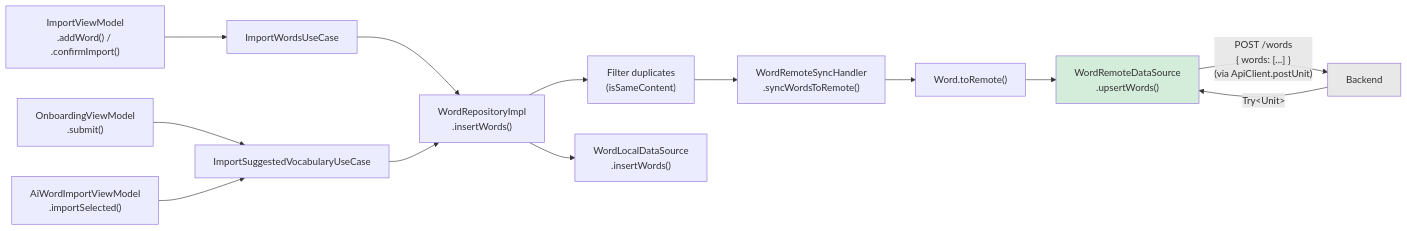
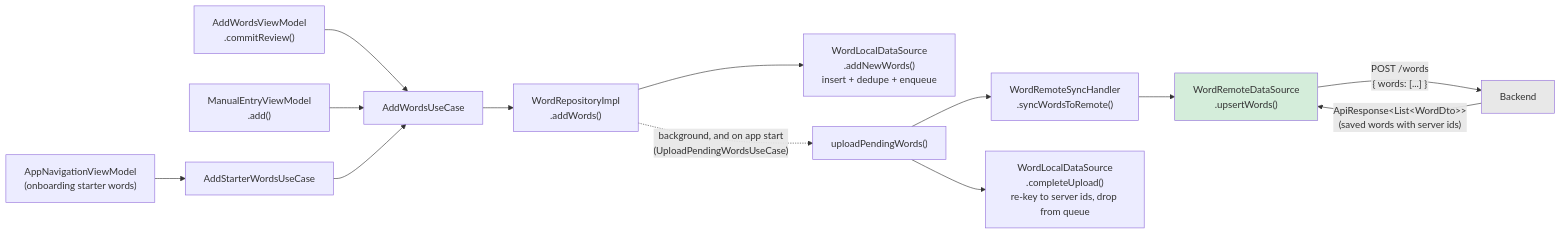
One commit to rezaiyan/Lexicon changed diagram 27 of 42 in doc/api-architecture.md. Above: the diagram before and after it, drawn with Mermaid. The commit also changed other lines of this file and 8 other files, not shown here.

First line of the commit message:
docs(words): update diagrams and Maestro navigation for the add-words pipeline

````diff
--- a/doc/api-architecture.md
+++ b/doc/api-architecture.md
@@ -1250,23 +1256,21 @@
 ```mermaid
 graph LR
-    A1["ImportViewModel<br/>.addWord() / .confirmImport()"]
-    A2["OnboardingViewModel<br/>.submit()"]
-    A3["AiWordImportViewModel<br/>.importSelected()"]
+    A1["AddWordsViewModel<br/>.commitReview()"]
+    A2["ManualEntryViewModel<br/>.add()"]
+    A3["AppNavigationViewModel<br/>(onboarding starter words)"]
 
-    A1 --> B["ImportWordsUseCase"]
-    A2 --> C["ImportSuggestedVocabularyUseCase"]
-    A3 --> C
-
-    B --> D["WordRepositoryImpl<br/>.insertWords()"]
-    C --> D
-    D --> E["Filter duplicates<br/>(isSameContent)"]
-    E --> F["WordRemoteSyncHandler<br/>.syncWordsToRemote()"]
-    F --> G["Word.toRemote()"]
-    G --> H["WordRemoteDataSource<br/>.upsertWords()"]
-    H -->|"POST /words<br/>{ words: [...] }<br/>(via ApiClient.postUnit)"| I["Backend"]
-    I -->|"Try&lt;Unit&gt;"| H
-    D --> J["WordLocalDataSource<br/>.insertWords()"]
+    A1 --> B["AddWordsUseCase"]
+    A2 --> B
+    A3 --> C["AddStarterWordsUseCase"] --> B
+    B --> D["WordRepositoryImpl<br/>.addWords()"]
+    D --> J["WordLocalDataSource<br/>.addNewWords()<br/>insert + dedupe + enqueue"]
+    D -.->|"background, and on app start<br/>(UploadPendingWordsUseCase)"| U["uploadPendingWords()"]
+    U --> F["WordRemoteSyncHandler<br/>.syncWordsToRemote()"]
+    F --> H["WordRemoteDataSource<br/>.upsertWords()"]
+    H -->|"POST /words<br/>{ words: [...] }"| I["Backend"]
+    I -->|"ApiResponse&lt;List&lt;WordDto&gt;&gt;<br/>(saved words with server ids)"| H
+    U --> K["WordLocalDataSource<br/>.completeUpload()<br/>re-key to server ids, drop from queue"]
 
     style H fill:#d4edda
     style I fill:#e8e8e8
 ```
````
